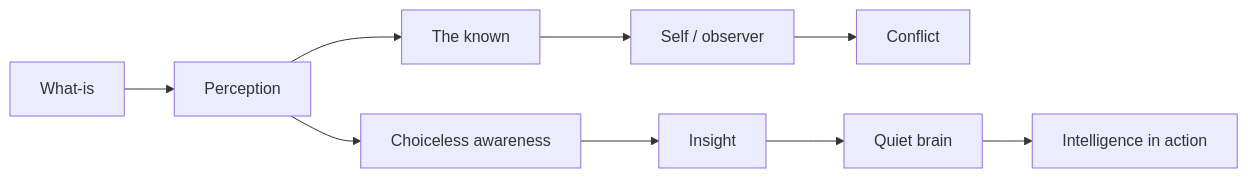
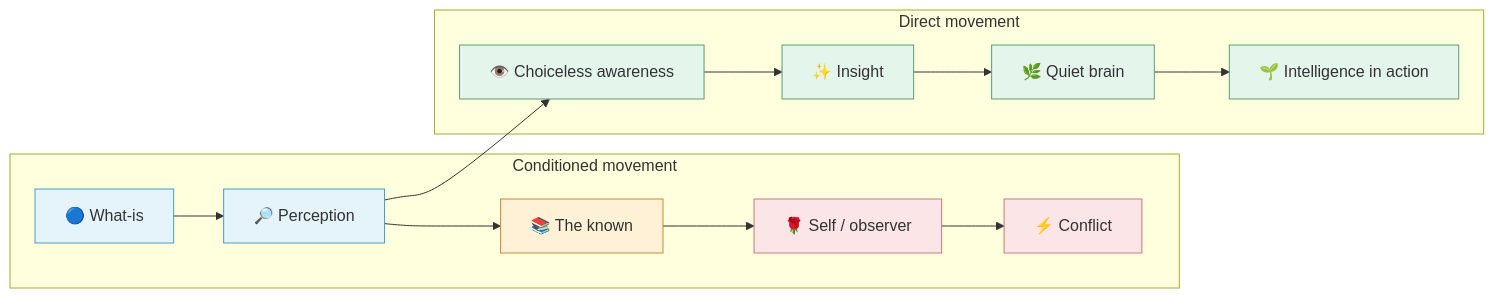
The second of 11 diagrams in _posts/2026-09-08-architecture-of-the-mind-krishnamurti.md (enogrob/enogrob.github.io), drawn with Mermaid before and after one commit. The commit also changed other lines of this file, not shown here.

````diff
--- a/_posts/2026-09-08-architecture-of-the-mind-krishnamurti.md
+++ b/_posts/2026-09-08-architecture-of-the-mind-krishnamurti.md
@@ -40,11 +110,23 @@
 ```mermaid!
 flowchart LR
-    W["What-is"] --> P["Perception"]
-    P --> K["The known"]
-    K --> S["Self / observer"]
-    S --> C["Conflict"]
-    P --> A["Choiceless awareness"]
-    A --> I["Insight"]
-    I --> Q["Quiet brain"]
-    Q --> N["Intelligence in action"]
+    subgraph KNOWN[Conditioned movement]
+      W["🔵 What-is"] --> P["🔎 Perception"]
+      P --> K["📚 The known"]
+      K --> S["🌹 Self / observer"]
+      S --> C["⚡ Conflict"]
+    end
+    subgraph DIRECT[Direct movement]
+      P --> A["👁️ Choiceless awareness"]
+      A --> I["✨ Insight"]
+      I --> Q["🌿 Quiet brain"]
+      Q --> N["🌱 Intelligence in action"]
+    end
+    classDef fact fill:#e5f4fb,stroke:#4b9cc4,stroke-width:1px
+    classDef known fill:#fff1d6,stroke:#c58a35,stroke-width:1px
+    classDef conflict fill:#fbe5e7,stroke:#c97880,stroke-width:1px
+    classDef direct fill:#e4f5ec,stroke:#5b9b78,stroke-width:1px
+    class W,P fact
+    class K known
+    class S,C conflict
+    class A,I,Q,N direct
 ```
````
